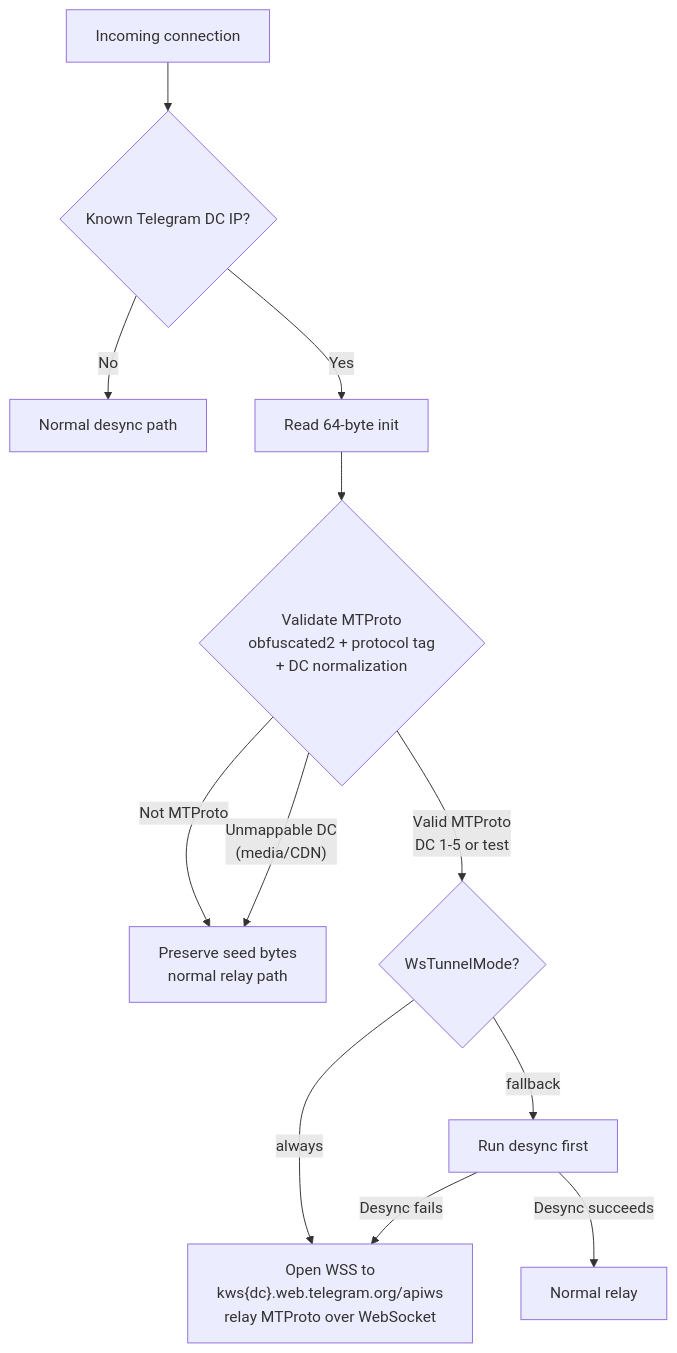
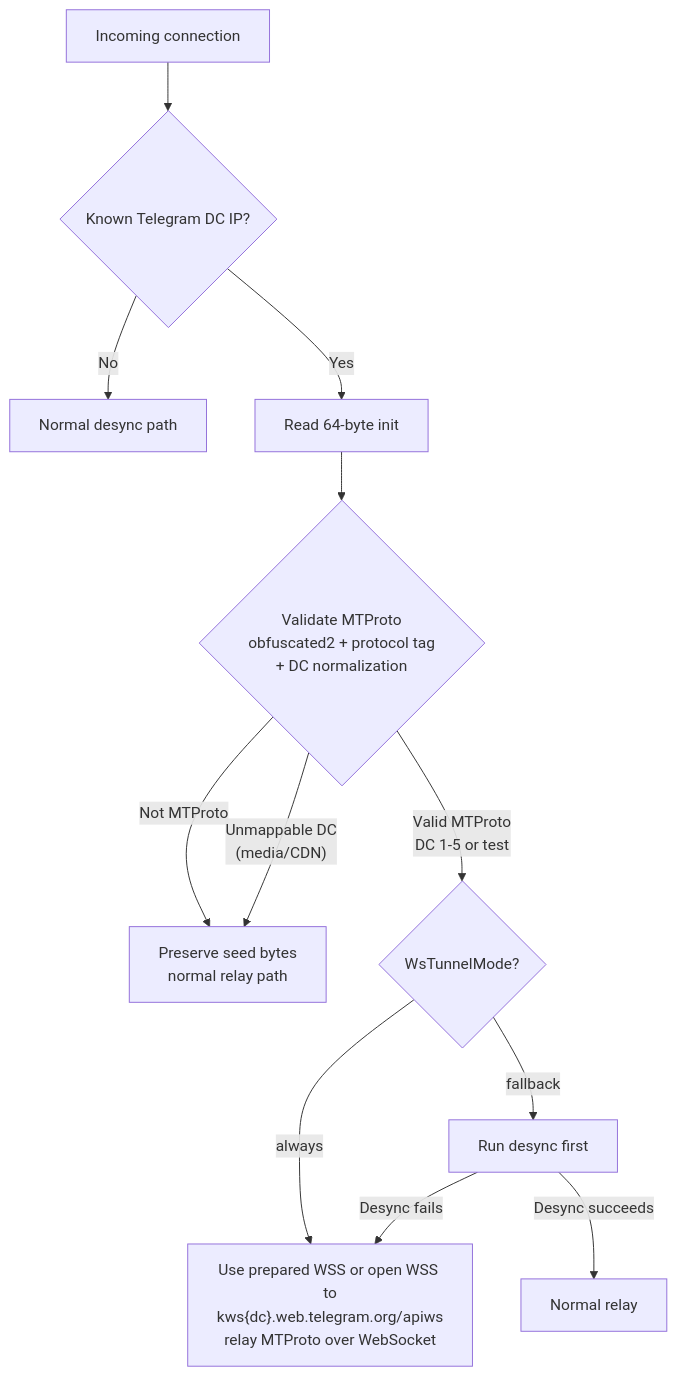
The fifth of 6 diagrams in docs/native/proxy-engine.md (po4yka/RIPDPI), drawn with Mermaid before and after one commit. The commit also changed other lines of this file and 9 other files, not shown here.

````diff
--- a/docs/native/proxy-engine.md
+++ b/docs/native/proxy-engine.md
@@ -730,14 +740,14 @@
 ```mermaid
 flowchart TD
     A["Incoming connection"] --> B{"Known Telegram DC IP?"}
     B -- No --> PASS["Normal desync path"]
     B -- Yes --> C["Read 64-byte init"]
     C --> D{"Validate MTProto\nobfuscated2 + protocol tag\n+ DC normalization"}
     D -- "Not MTProto" --> SEED["Preserve seed bytes\nnormal relay path"]
     D -- "Unmappable DC\n(media/CDN)" --> SEED
     D -- "Valid MTProto\nDC 1-5 or test" --> E{"WsTunnelMode?"}
-    E -- always --> WSS["Open WSS to\nkws{dc}.web.telegram.org/apiws\nrelay MTProto over WebSocket"]
+    E -- always --> WSS["Use prepared WSS or open WSS to\nkws{dc}.web.telegram.org/apiws\nrelay MTProto over WebSocket"]
     E -- fallback --> F["Run desync first"]
     F -- "Desync succeeds" --> G["Normal relay"]
     F -- "Desync fails" --> WSS
 ```
````
